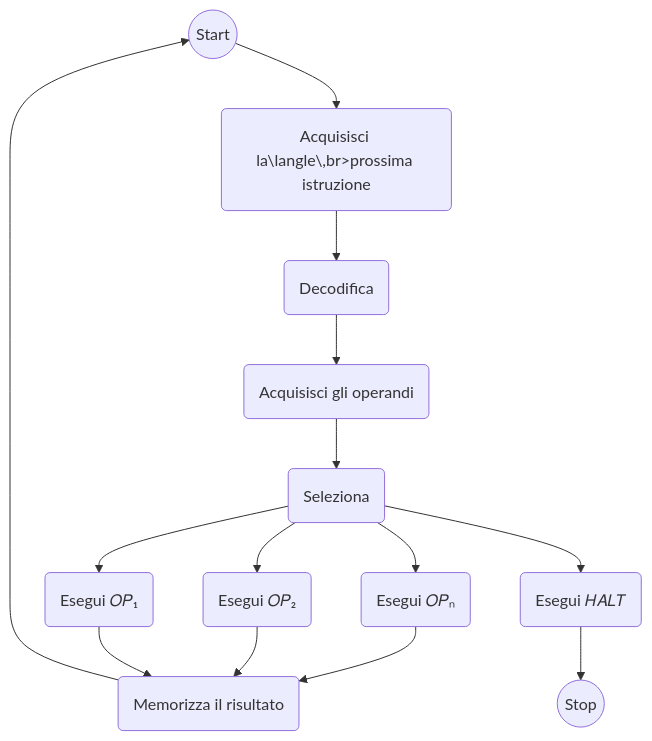
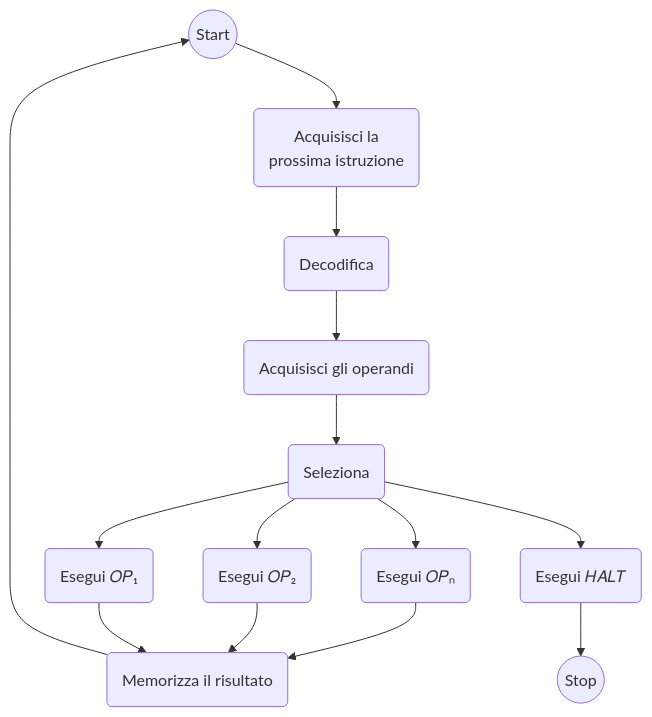
The second of 4 diagrams in docs/Anno_I/Linguaggi_di_Programmazione/notes/01_intro_linguaggi.md (sravioli/temp-L31), drawn with Mermaid before and after one commit. The commit also changed other lines of this file, not shown here.

````diff
--- a/docs/Anno_I/Linguaggi_di_Programmazione/notes/01_intro_linguaggi.md
+++ b/docs/Anno_I/Linguaggi_di_Programmazione/notes/01_intro_linguaggi.md
@@ -101,14 +101,14 @@
 ```mermaid
 flowchart TD
-    start((Start)) --> AcqProx(Acquisisci la\langle\,br>prossima istruzione)
+    start((Start)) --> AcqProx(Acquisisci la<br>prossima istruzione)
                    --> Decode(Decodifica)
                    --> AcqOps(Acquisisci gli operandi)
                    --> Choose(Seleziona);
 
     Choose --> Eop1("Esegui 𝑂𝑃ₙ") &  Eop2("Esegui 𝑂𝑃₂") & Eopn("Esegui 𝑂𝑃₁")
            --> MemRes(Memorizza il risultato)
            --> start;
 
     Choose --> Halt("Esegui 𝐻𝐴𝐿𝑇")
            --> stop((Stop));
 ```
````
